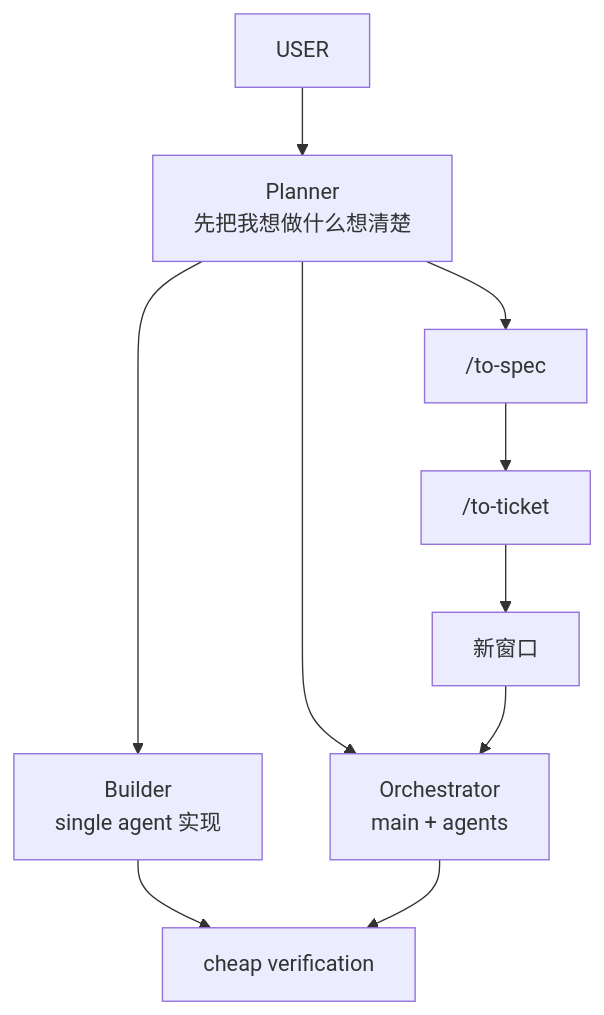
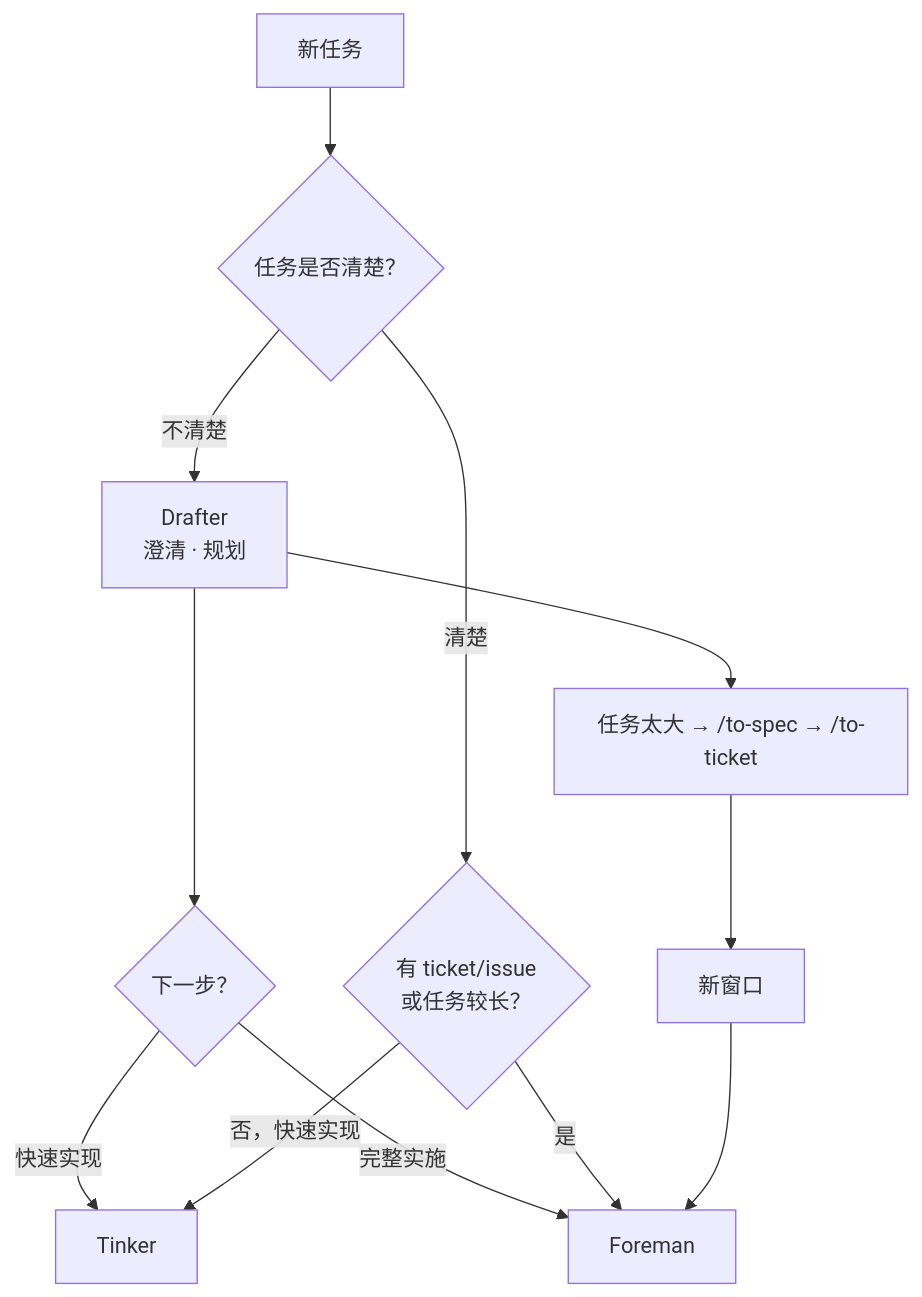
One commit to MinZhi624/opencode-personal-plugins changed the first of 4 diagrams in plugins/opencode-matt-workshop/README.md. Above: the diagram before and after it, drawn with Mermaid. The commit also changed other lines of this file and 13 other files, not shown here.

````diff
--- a/plugins/opencode-matt-workshop/README.md
+++ b/plugins/opencode-matt-workshop/README.md
@@ -11,12 +11,13 @@
 ```mermaid
 flowchart TD
-    USER[USER] --> Planner["Planner<br/>先把我想做什么想清楚"]
-    Planner --> Builder["Builder<br/>single agent 实现"]
-    Planner --> Orchestrator["Orchestrator<br/>main + agents"]
-    Planner --> Spec["/to-spec"]
-    Spec --> Ticket["/to-ticket"]
-    Ticket --> NewWindow["新窗口"]
-    NewWindow --> Orchestrator
-    Builder --> Verify["cheap verification"]
-    Orchestrator --> Verify
+    A[新任务] --> B{任务是否清楚？}
+    B -- 不清楚 --> C[Drafter<br/>澄清 · 规划]
+    C --> D{下一步？}
+    D -- 快速实现 --> E[Tinker]
+    D -- 完整实施 --> F[Foreman]
+    B -- 清楚 --> G{有 ticket/issue<br/>或任务较长？}
+    G -- 否，快速实现 --> E
+    G -- 是 --> F
+    C --> Spec["任务太大 → /to-spec → /to-ticket"]
+    Spec --> NewWindow["新窗口"] --> F
 ```
````
